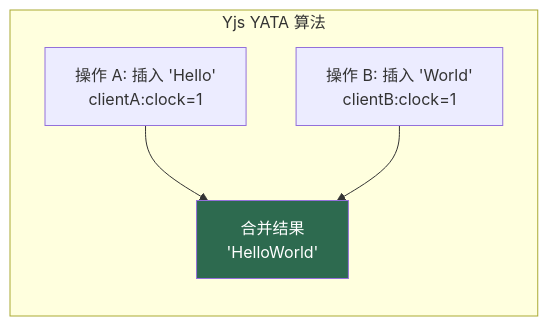
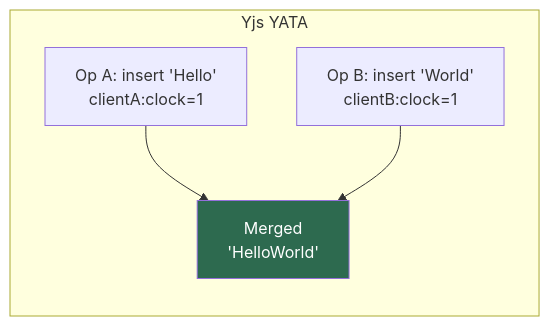
The fourth of 12 diagrams in README.md (monazite1s/SyncDoc), drawn with Mermaid before and after one commit. The commit also changed other lines of this file and 112 other files, not shown here.

````diff
--- a/README.md
+++ b/README.md
@@ -200,12 +395,12 @@
 ```mermaid
 graph LR
-    subgraph CRDT["Yjs YATA 算法"]
-        OP1["操作 A: 插入 'Hello'<br/>clientA:clock=1"]
-        OP2["操作 B: 插入 'World'<br/>clientB:clock=1"]
-        OP3["合并结果<br/>'HelloWorld'"]
+    subgraph CRDT["Yjs YATA"]
+        OP1["Op A: insert 'Hello'<br/>clientA:clock=1"]
+        OP2["Op B: insert 'World'<br/>clientB:clock=1"]
+        OP3["Merged<br/>'HelloWorld'"]
     end
     OP1 --> OP3
     OP2 --> OP3
 
     style OP3 fill:#2d6a4f,color:#fff
 ```
````
